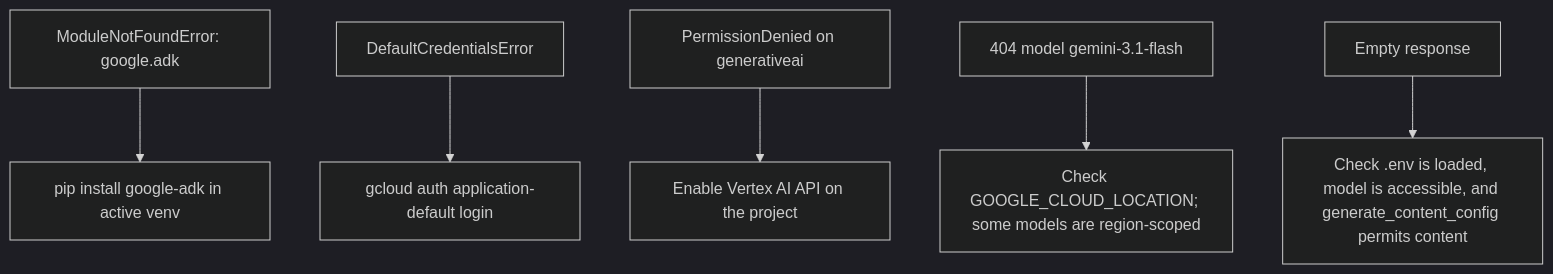
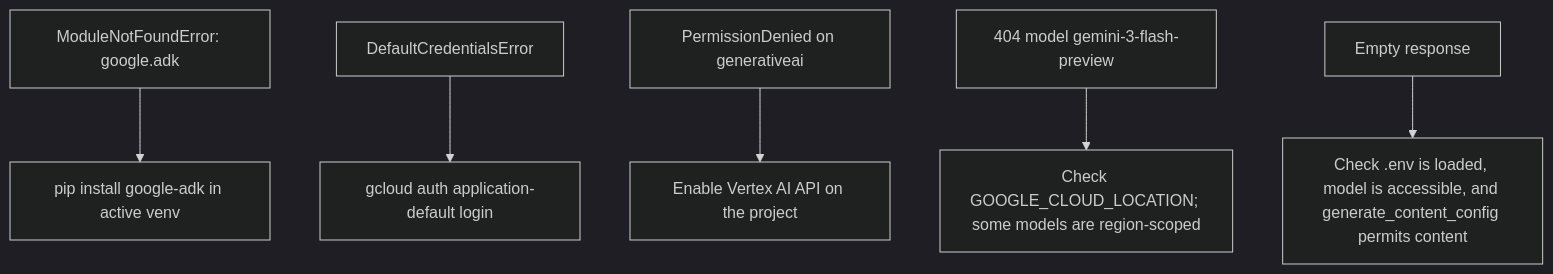
Before and after one commit to vmishra/Google-ADK-Cookbook: the diagram in docs/01-getting-started/installation.md, drawn with Mermaid (dark theme). The commit also changed other lines of this file and 61 other files, not shown here.

````diff
--- a/docs/01-getting-started/installation.md
+++ b/docs/01-getting-started/installation.md
@@ -145,8 +145,8 @@
 ```mermaid
 flowchart TD
   F1[ModuleNotFoundError: google.adk] --> R1[pip install google-adk in active venv]
   F2[DefaultCredentialsError] --> R2[gcloud auth application-default login]
   F3[PermissionDenied on generativeai] --> R3[Enable Vertex AI API on the project]
-  F4[404 model gemini-3.1-flash] --> R4[Check GOOGLE_CLOUD_LOCATION; some models are region-scoped]
+  F4[404 model gemini-3-flash-preview] --> R4[Check GOOGLE_CLOUD_LOCATION; some models are region-scoped]
   F5[Empty response] --> R5[Check .env is loaded, model is accessible, and generate_content_config permits content]
 ```
````
